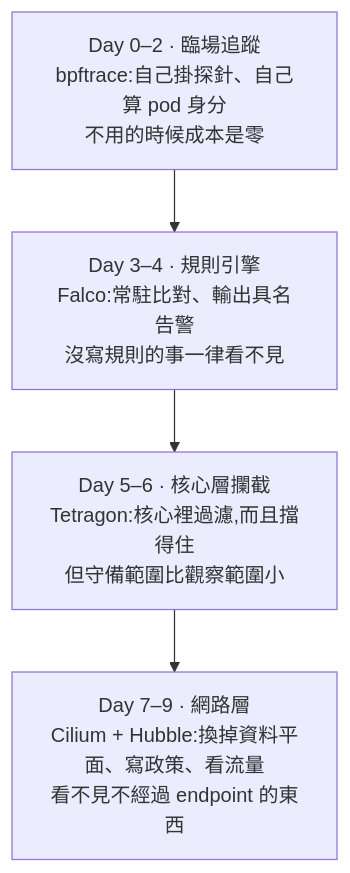
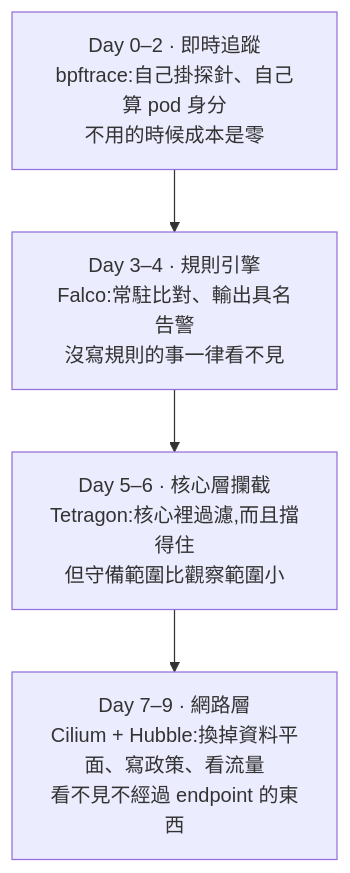
Before and after one commit to DeepWaveLab/CloudNativePracticing: the diagram in docs/runbook/sprint2-day10-decision-matrix.md, drawn with Mermaid. The commit also changed other lines of this file and 48 other files, not shown here.

````diff
--- a/docs/runbook/sprint2-day10-decision-matrix.md
+++ b/docs/runbook/sprint2-day10-decision-matrix.md
@@ -15,8 +15,8 @@
 ```mermaid
 flowchart TB
-    A["Day 0–2 · 臨場追蹤<br/>bpftrace:自己掛探針、自己算 pod 身分<br/>不用的時候成本是零"]
+    A["Day 0–2 · 即時追蹤<br/>bpftrace:自己掛探針、自己算 pod 身分<br/>不用的時候成本是零"]
     B["Day 3–4 · 規則引擎<br/>Falco:常駐比對、輸出具名告警<br/>沒寫規則的事一律看不見"]
     C["Day 5–6 · 核心層攔截<br/>Tetragon:核心裡過濾,而且擋得住<br/>但守備範圍比觀察範圍小"]
     D["Day 7–9 · 網路層<br/>Cilium + Hubble:換掉資料平面、寫政策、看流量<br/>看不見不經過 endpoint 的東西"]
     A --> B --> C --> D
 ```
````
